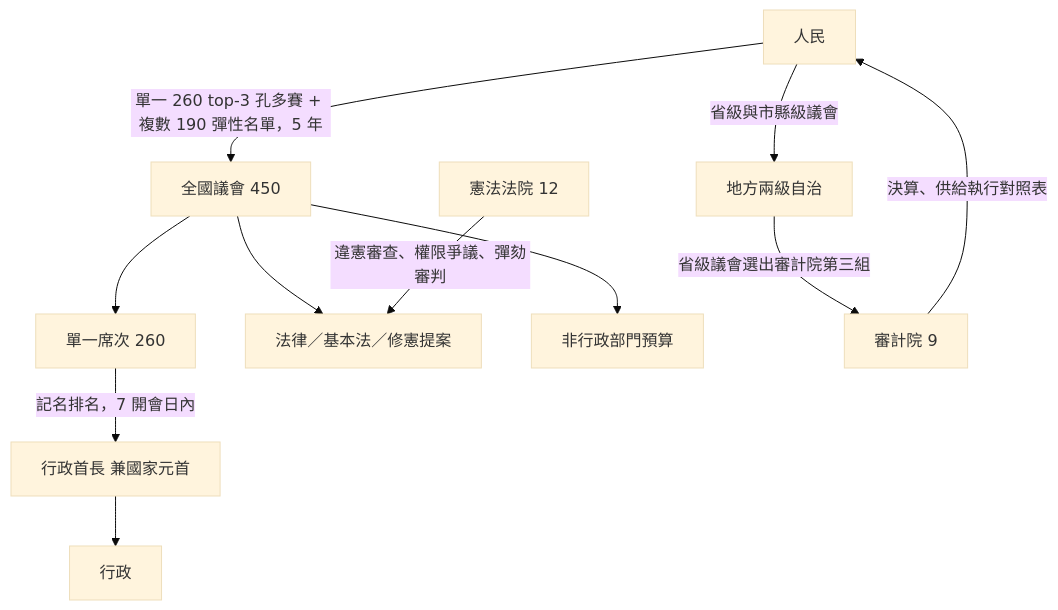
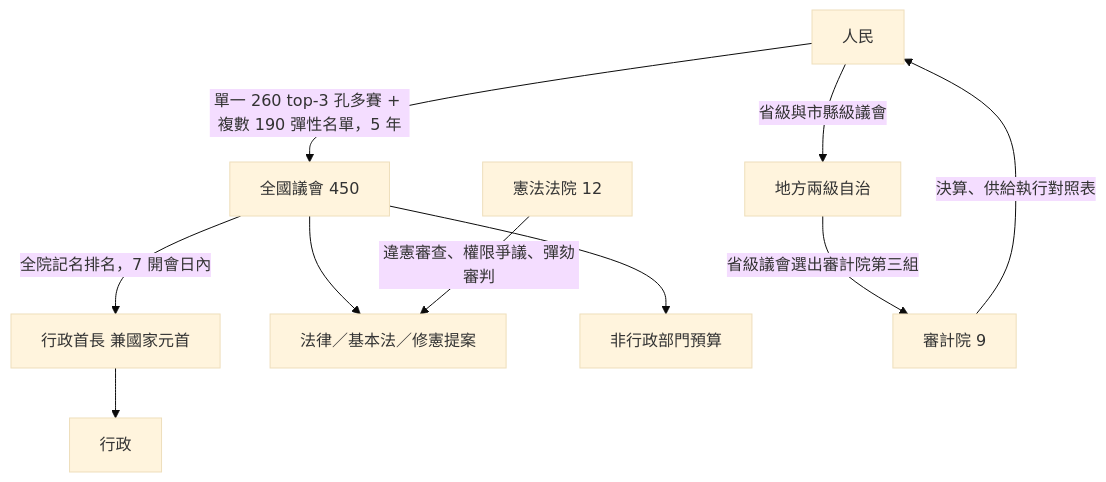
Before and after one commit to IRonROOT578/Political-Economy-Research-Public: the first of 11 diagrams in topics/regime-designs/designs/中國/一院議會制/憲政架構圖.md, drawn with Mermaid (base theme). The commit also changed other lines of this file and 241 other files, not shown here.

````diff
--- a/topics/regime-designs/designs/中國/一院議會制/憲政架構圖.md
+++ b/topics/regime-designs/designs/中國/一院議會制/憲政架構圖.md
@@ -7,16 +7,15 @@
 ```mermaid
 flowchart TD
   People[人民]
   People -->|單一 260 top-3 孔多賽 + 複數 190 彈性名單，5 年| NA[全國議會 450]
   People -->|省級與市縣級議會| Local[地方兩級自治]
-  SMD[單一席次 260] -->|記名排名，7 開會日內| PM[行政首長 兼國家元首]
-  NA --> SMD
+  NA -->|全院記名排名，7 開會日內| PM[行政首長 兼國家元首]
   PM --> Exec[行政]
   NA --> Law[法律／基本法／修憲提案]
   NA --> OthBud[非行政部門預算]
   Court[憲法法院 12]
   Audit[審計院 9]
   Court -->|違憲審查、權限爭議、彈劾審判| Law
   Audit -->|決算、供給執行對照表| People
   Local -->|省級議會選出審計院第三組| Audit
 ```
````
